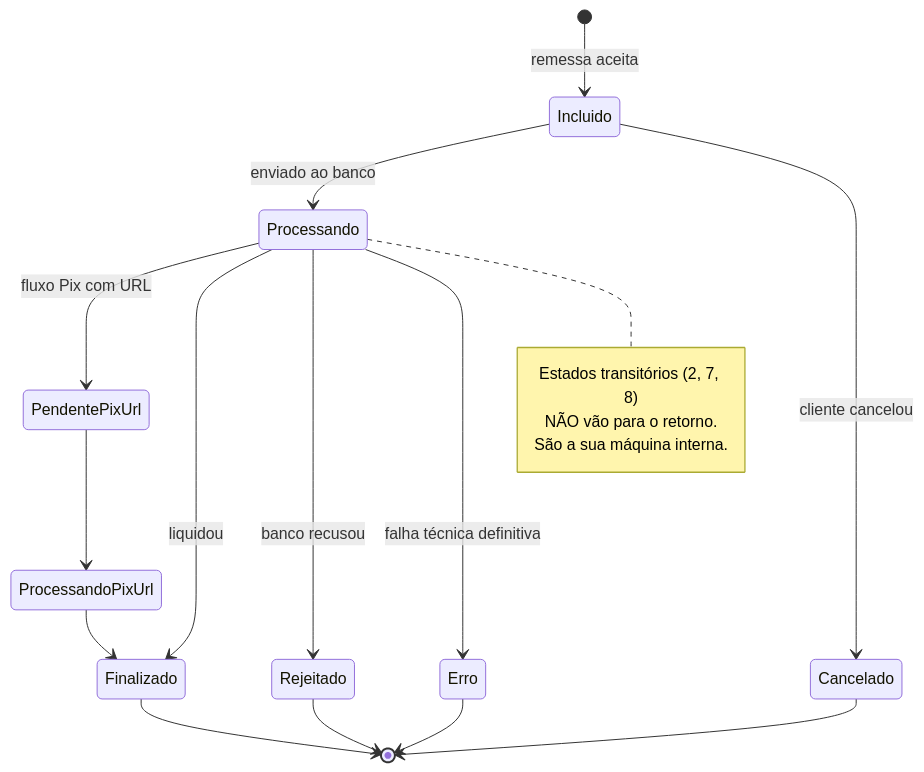
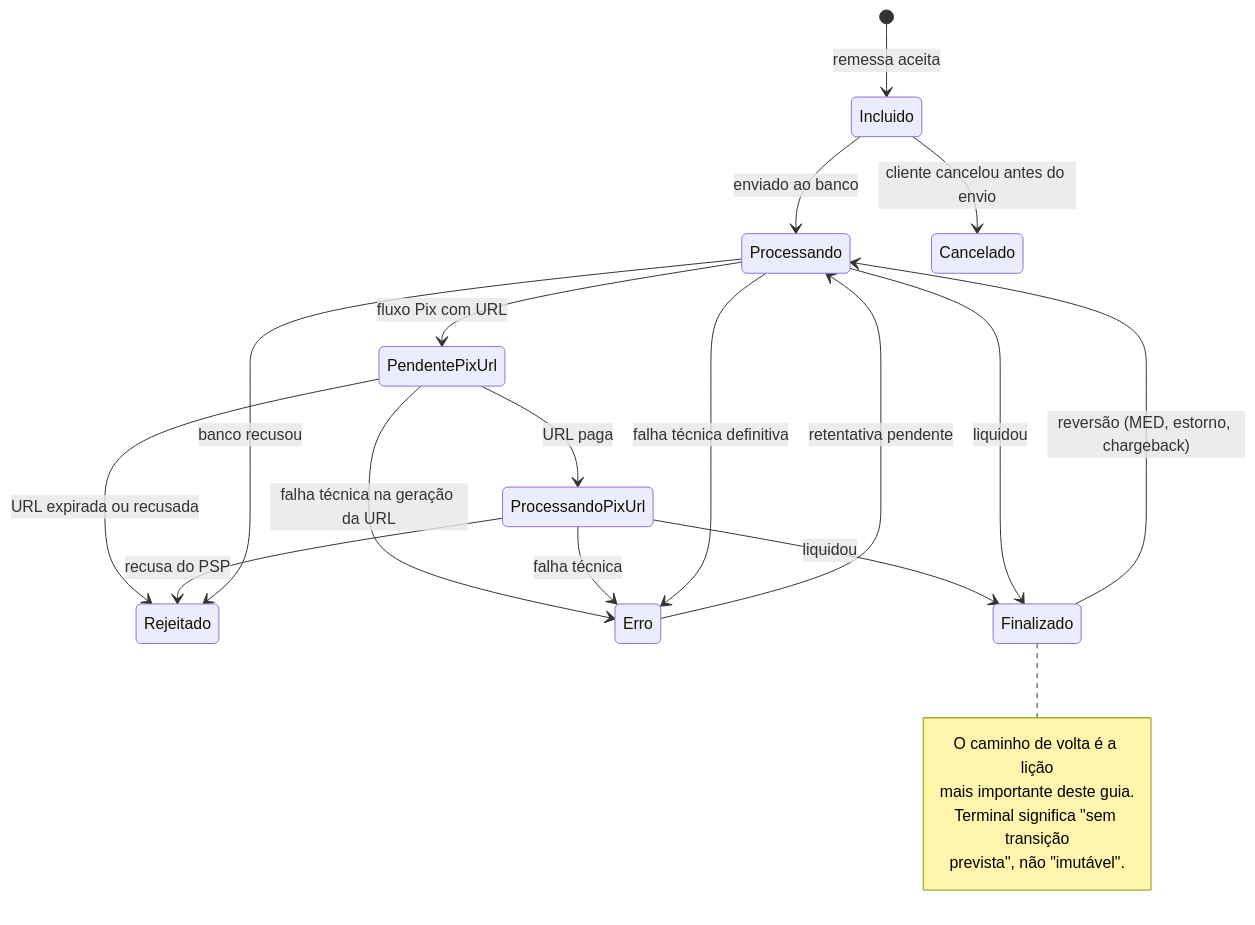
The tenth of 16 diagrams in conciliacao-guia-completo.md (danielbfr3/sobre_aws), drawn with Mermaid before and after one commit. The commit also changed other lines of this file, not shown here.

````diff
--- a/conciliacao-guia-completo.md
+++ b/conciliacao-guia-completo.md
@@ -973,22 +2266,28 @@
 ```mermaid
 stateDiagram-v2
     [*] --> Incluido: remessa aceita
     Incluido --> Processando: enviado ao banco
+    Incluido --> Cancelado: cliente cancelou antes do envio
+
     Processando --> PendentePixUrl: fluxo Pix com URL
-    PendentePixUrl --> ProcessandoPixUrl
-    ProcessandoPixUrl --> Finalizado
+    PendentePixUrl --> ProcessandoPixUrl: URL paga
+    PendentePixUrl --> Rejeitado: URL expirada ou recusada
+    PendentePixUrl --> Erro: falha técnica na geração da URL
+    ProcessandoPixUrl --> Finalizado: liquidou
+    ProcessandoPixUrl --> Rejeitado: recusa do PSP
+    ProcessandoPixUrl --> Erro: falha técnica
+
     Processando --> Finalizado: liquidou
     Processando --> Rejeitado: banco recusou
     Processando --> Erro: falha técnica definitiva
-    Incluido --> Cancelado: cliente cancelou
-    Finalizado --> [*]
-    Rejeitado --> [*]
-    Cancelado --> [*]
-    Erro --> [*]
 
-    note right of Processando
-        Estados transitórios (2, 7, 8)
-        NÃO vão para o retorno.
-        São a sua máquina interna.
+    Erro --> Processando: retentativa pendente
+    Finalizado --> Processando: reversão (MED, estorno, chargeback)
+
+    note right of Finalizado
+        O caminho de volta é a lição
+        mais importante deste guia.
+        Terminal significa "sem transição
+        prevista", não "imutável".
     end note
 ```
````
